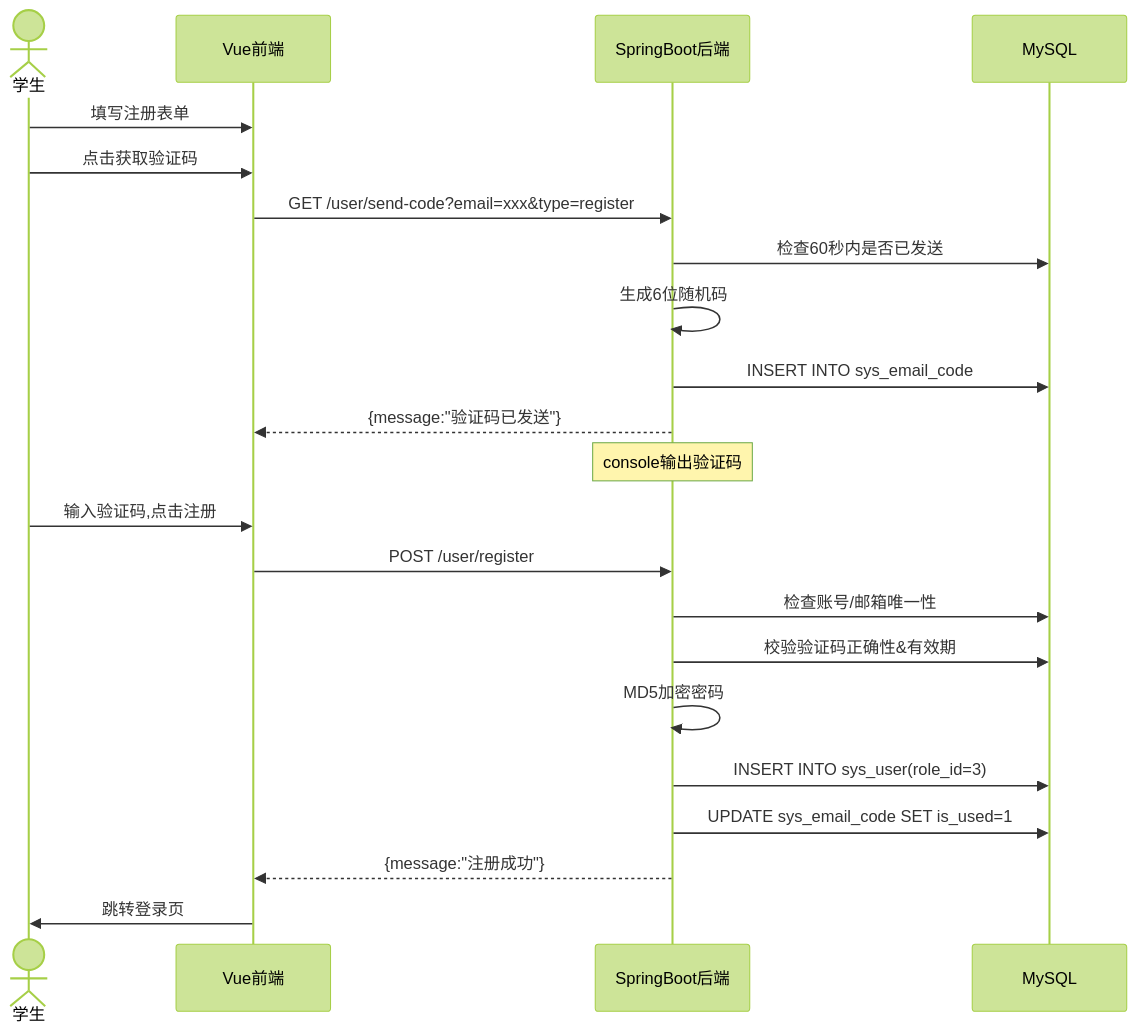
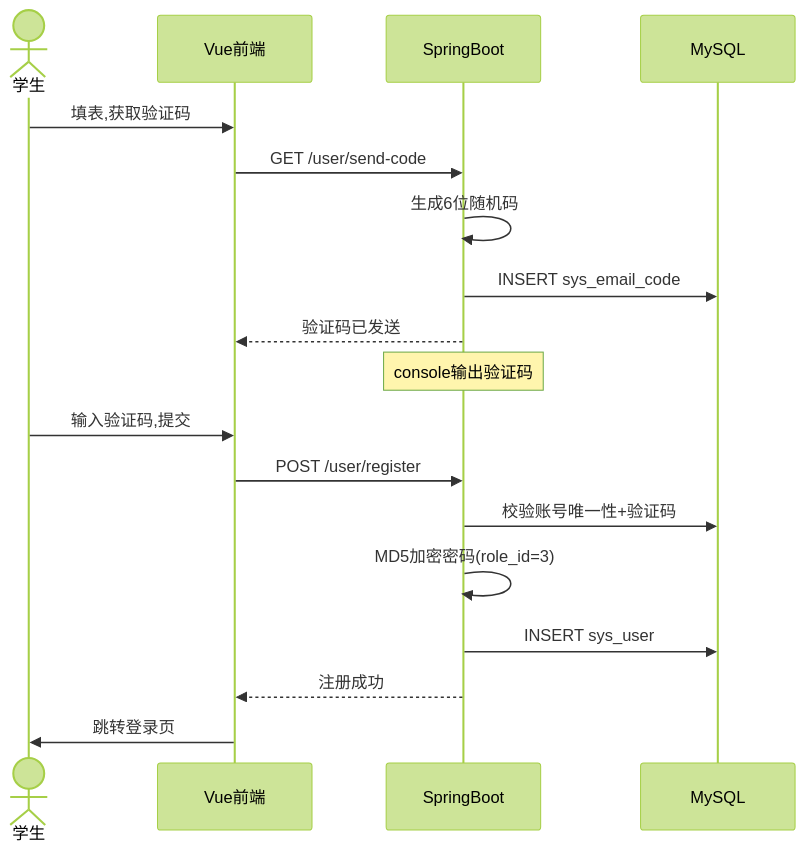
Before and after one commit to blossom-rt/kg-intelligent-tutoring-system: the third of 8 diagrams in docs/diagrams.md, drawn with Mermaid (forest theme). The commit also changed other lines of this file, not shown here.

Commit message:
docs: 图表改为横向布局适配报告排版

````diff
--- a/docs/diagrams.md
+++ b/docs/diagrams.md
@@ -82,26 +53,21 @@
 ```mermaid
 sequenceDiagram
     actor S as 学生
     participant F as Vue前端
-    participant B as SpringBoot后端
+    participant B as SpringBoot
     participant D as MySQL
 
-    S->>F: 填写注册表单
-    S->>F: 点击获取验证码
-    F->>B: GET /user/send-code?email=xxx&type=register
-    B->>D: 检查60秒内是否已发送
+    S->>F: 填表,获取验证码
+    F->>B: GET /user/send-code
     B->>B: 生成6位随机码
-    B->>D: INSERT INTO sys_email_code
-    B-->>F: {message:"验证码已发送"}
+    B->>D: INSERT sys_email_code
+    B-->>F: 验证码已发送
     Note over B: console输出验证码
-
-    S->>F: 输入验证码,点击注册
+    S->>F: 输入验证码,提交
     F->>B: POST /user/register
-    B->>D: 检查账号/邮箱唯一性
-    B->>D: 校验验证码正确性&有效期
-    B->>B: MD5加密密码
-    B->>D: INSERT INTO sys_user(role_id=3)
-    B->>D: UPDATE sys_email_code SET is_used=1
-    B-->>F: {message:"注册成功"}
+    B->>D: 校验账号唯一性+验证码
+    B->>B: MD5加密密码(role_id=3)
+    B->>D: INSERT sys_user
+    B-->>F: 注册成功
     F->>S: 跳转登录页
 ```
````
